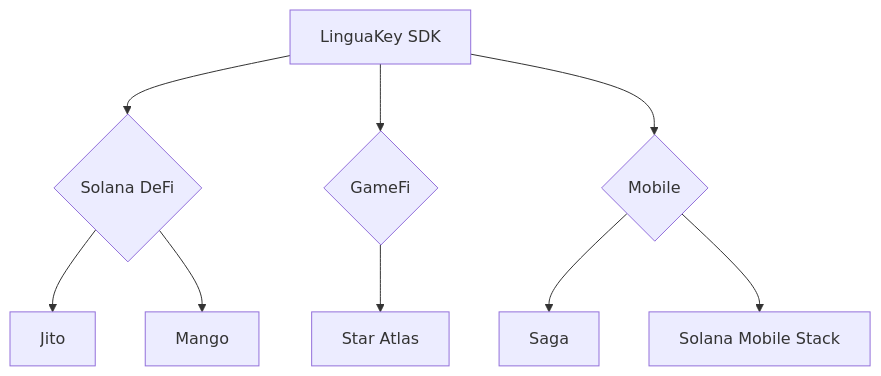
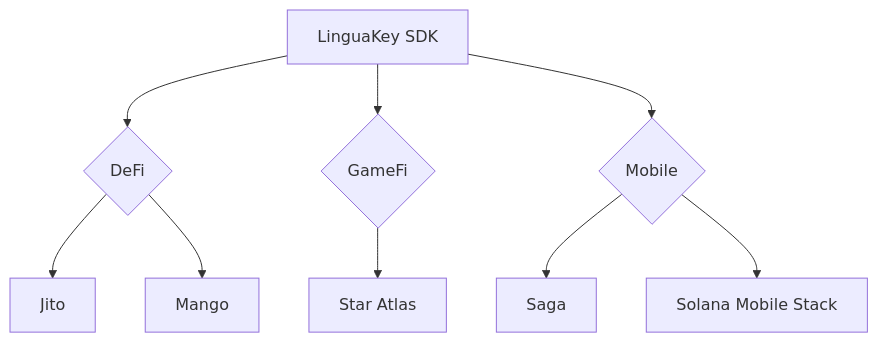
One commit to lysrain21/LinguaKey changed the diagram in README.md. Above: the diagram before and after it, drawn with Mermaid. The commit also changed other lines of this file, not shown here.

````diff
--- a/README.md
+++ b/README.md
@@ -67,11 +149,11 @@
 ```mermaid
 graph TD
-    A[LinguaKey SDK] --> B{Solana DeFi}
+    A[LinguaKey SDK] --> B{DeFi}
     A --> C{GameFi}
     A --> D{Mobile}
     B --> E[Jito]
     B --> F[Mango]
     C --> G[Star Atlas]
     D --> H[Saga]
     D --> I[Solana Mobile Stack]
 ```
````
